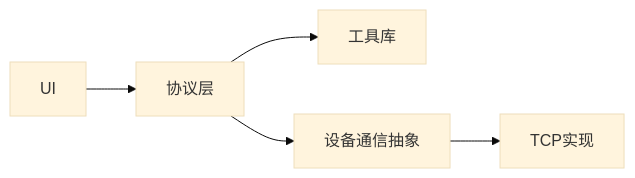
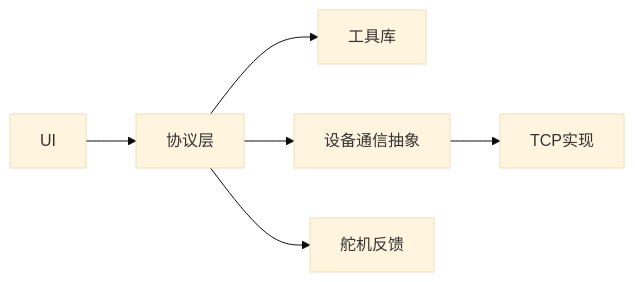
Before and after one commit to yangreest/Zero-value-Insulator-Robot-V2: the sixth of 6 diagrams in .qoder/repowiki/zh/content/核心模块/协议处理模块.md, drawn with Mermaid (base theme). The commit also changed other lines of this file and 4 other files, not shown here.

````diff
--- a/.qoder/repowiki/zh/content/核心模块/协议处理模块.md
+++ b/.qoder/repowiki/zh/content/核心模块/协议处理模块.md
@@ -332,7 +354,8 @@
 ```mermaid
 graph LR
 UI["UI"] --> P["协议层"]
 P --> T["工具库"]
 P --> I["设备通信抽象"]
 I --> TCP["TCP实现"]
+P --> S["舵机反馈"]
 ```
````
